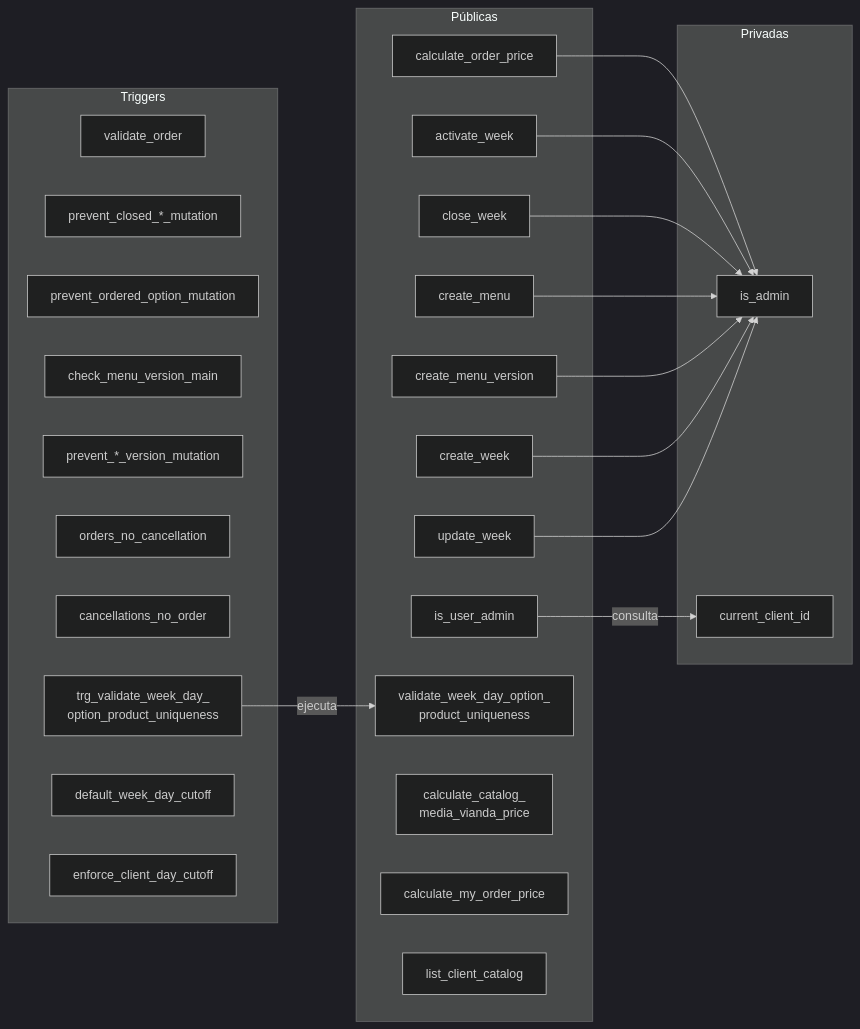
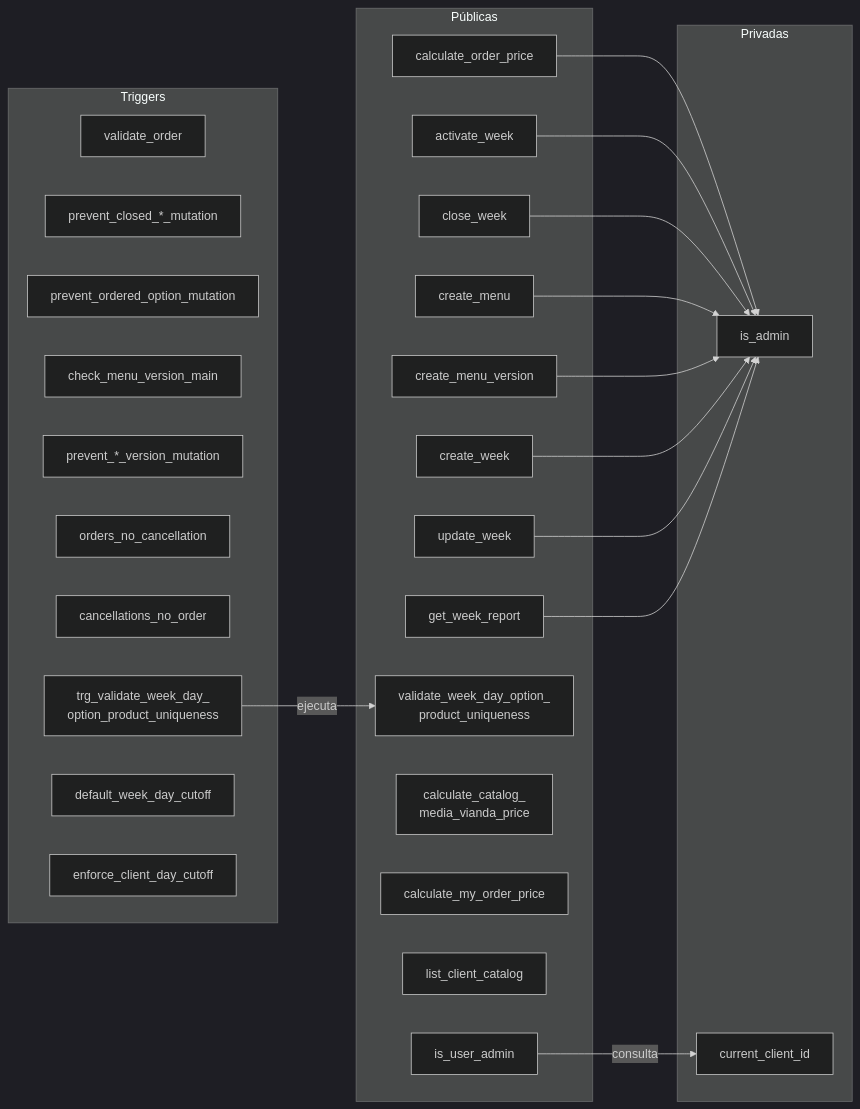
One commit to Franc0-L/Todo-Artesanal changed the fifth of 8 diagrams in docs/arquitectura.md. Above: the diagram before and after it, drawn with Mermaid (dark theme). The commit also changed other lines of this file and 5 other files, not shown here.

````diff
--- a/docs/arquitectura.md
+++ b/docs/arquitectura.md
@@ -169,45 +169,47 @@
 ```mermaid
 flowchart LR
     subgraph Públicas
         A1[calculate_order_price]
         A2[activate_week]
         A3[close_week]
         A4[create_menu]
         A5[create_menu_version]
         A6[create_week]
         A7[update_week]
         A8[is_user_admin]
         A9[validate_week_day_option_<br/>product_uniqueness]
         A10[calculate_catalog_<br/>media_vianda_price]
         A11[calculate_my_order_price]
         A12[list_client_catalog]
+        A13[get_week_report]
     end
 
     subgraph Privadas
         B1[is_admin]
         B2[current_client_id]
     end
 
     subgraph Triggers
         C1[validate_order]
         C2[prevent_closed_*_mutation]
         C3[prevent_ordered_option_mutation]
         C4[check_menu_version_main]
         C5[prevent_*_version_mutation]
         C6[orders_no_cancellation]
         C7[cancellations_no_order]
         C8[trg_validate_week_day_<br/>option_product_uniqueness]
         C9[default_week_day_cutoff]
         C10[enforce_client_day_cutoff]
     end
 
     A1 --> B1
     A2 --> B1
     A3 --> B1
     A4 --> B1
     A5 --> B1
     A6 --> B1
     A7 --> B1
+    A13 --> B1
     A8 -->|consulta| B2
     C8 -->|ejecuta| A9
 ```
````
